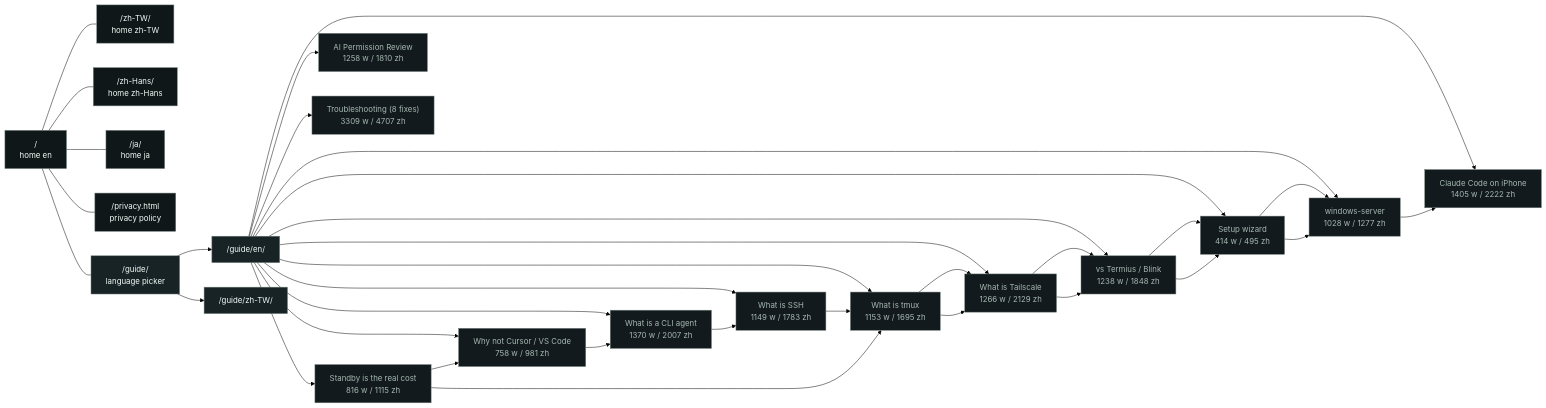
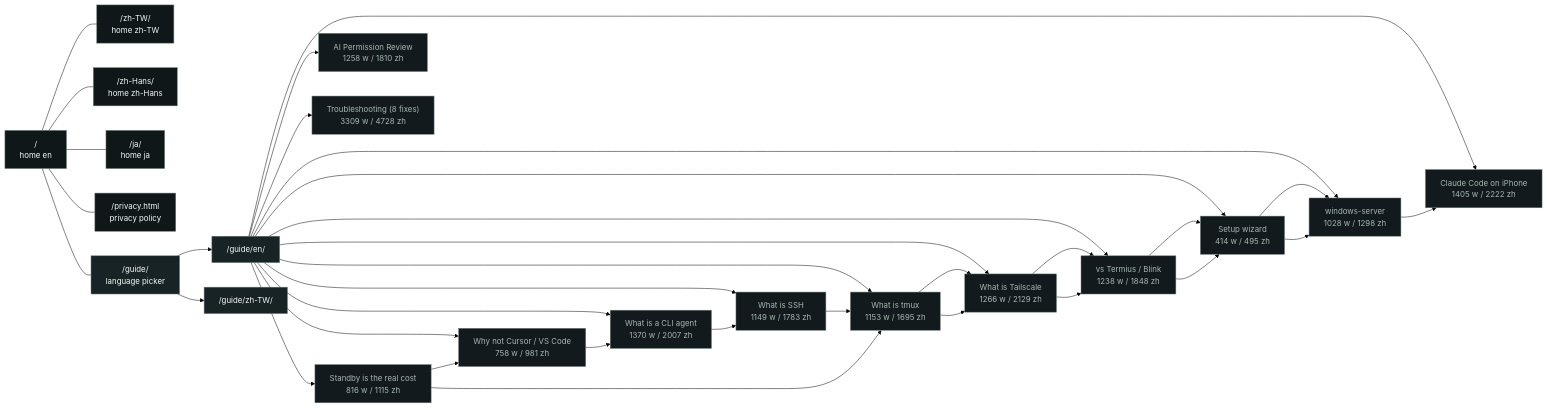
One commit to saxlamen/Agentmux-site changed the diagram in SITE_MAP.md. Above: the diagram before and after it, drawn with Mermaid (forest theme). The commit also changed other lines of this file and 11 other files, not shown here.

````diff
--- a/SITE_MAP.md
+++ b/SITE_MAP.md
@@ -46,47 +46,47 @@
 ```mermaid
 graph LR
   H["/<br>home en"]:::home
   homezhtw["/zh-TW/<br>home zh-TW"]:::home
   H --- homezhtw
   homezhhans["/zh-Hans/<br>home zh-Hans"]:::home
   H --- homezhhans
   homeja["/ja/<br>home ja"]:::home
   H --- homeja
   privacypolicy["/privacy.html<br>privacy policy"]:::home
   H --- privacypolicy
   G["/guide/<br>language picker"]:::hub
   H --- G
   EN["/guide/en/"]:::hub
   ZH["/guide/zh-TW/"]:::hub
   G --> EN
   G --> ZH
   EN --> whyremotevibecoding["Standby is the real cost<br>816 w / 1115 zh"]:::art
   EN --> whynotguiide["Why not Cursor / VS Code<br>758 w / 981 zh"]:::art
   EN --> whatiscli["What is a CLI agent<br>1370 w / 2007 zh"]:::art
   EN --> whatisssh["What is SSH<br>1149 w / 1783 zh"]:::art
   EN --> whatistmux["What is tmux<br>1153 w / 1695 zh"]:::art
   EN --> whatistailscale["What is Tailscale<br>1266 w / 2129 zh"]:::art
   EN --> whyagentmux["vs Termius / Blink<br>1238 w / 1848 zh"]:::art
   EN --> setup["Setup wizard<br>414 w / 495 zh"]:::art
-  EN --> windowsserver["windows-server<br>1028 w / 1277 zh"]:::art
+  EN --> windowsserver["windows-server<br>1028 w / 1298 zh"]:::art
   EN --> claudecodeoniphone["Claude Code on iPhone<br>1405 w / 2222 zh"]:::art
   EN --> permissionreview["AI Permission Review<br>1258 w / 1810 zh"]:::art
-  EN --> troubleshooting["Troubleshooting (8 fixes)<br>3309 w / 4707 zh"]:::art
+  EN --> troubleshooting["Troubleshooting (8 fixes)<br>3309 w / 4728 zh"]:::art
   whyremotevibecoding --> whynotguiide
   whynotguiide --> whatiscli
   whatiscli --> whatisssh
   whatisssh --> whatistmux
   whatistmux --> whatistailscale
   whatistailscale --> whyagentmux
   whyagentmux --> setup
   setup --> windowsserver
   whyremotevibecoding --> whatistmux
   whatistmux --> whatistailscale
   whatistailscale --> whyagentmux
   whyagentmux --> setup
   setup --> windowsserver
   windowsserver --> claudecodeoniphone
   classDef home fill:#101719,color:#f4fbf7,stroke:#6f817a;
   classDef hub fill:#182326,color:#f4fbf7,stroke:#6f817a;
   classDef art fill:#121a1d,color:#a7b8b2,stroke:#6f817a;
 ```
````
